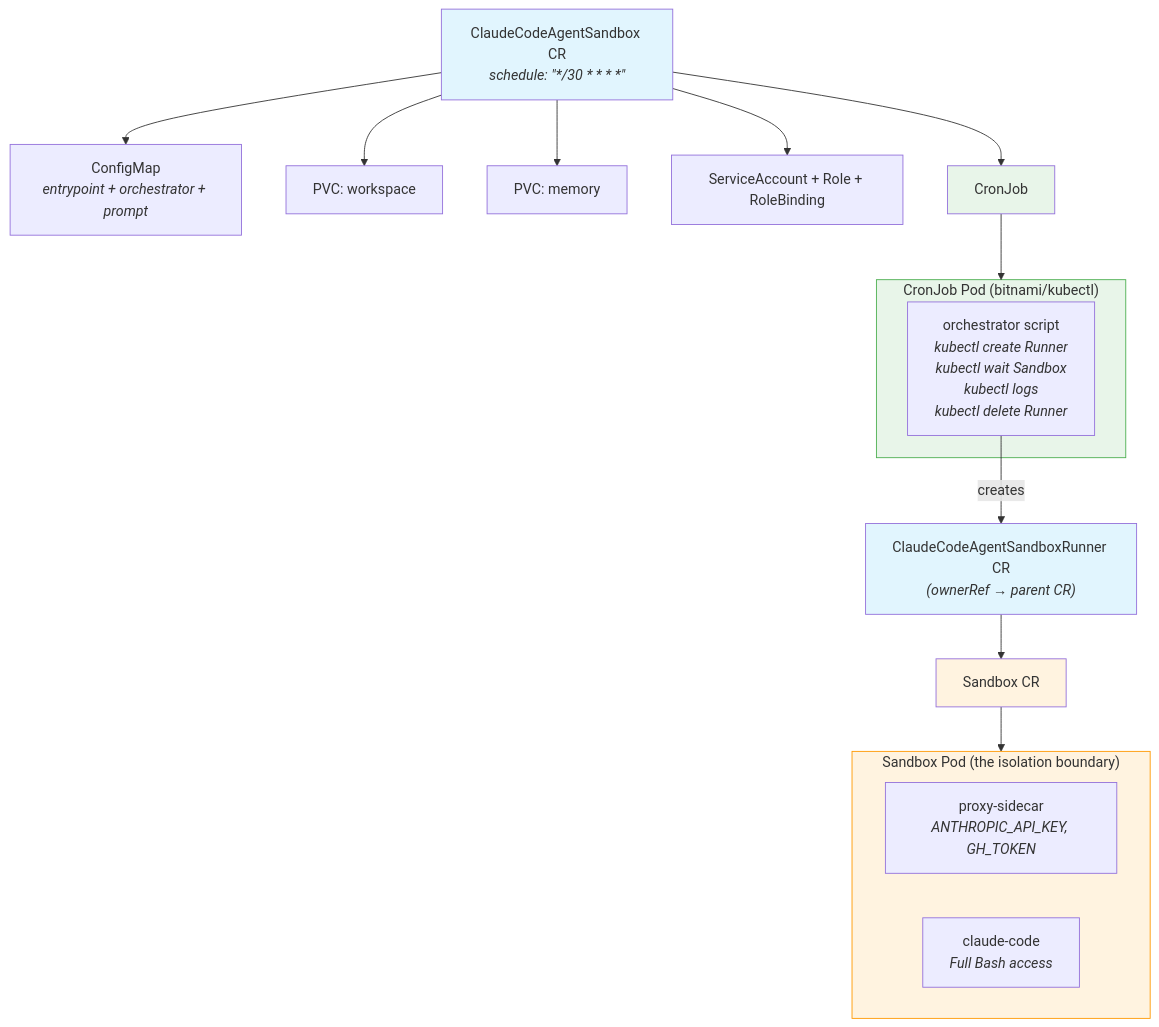
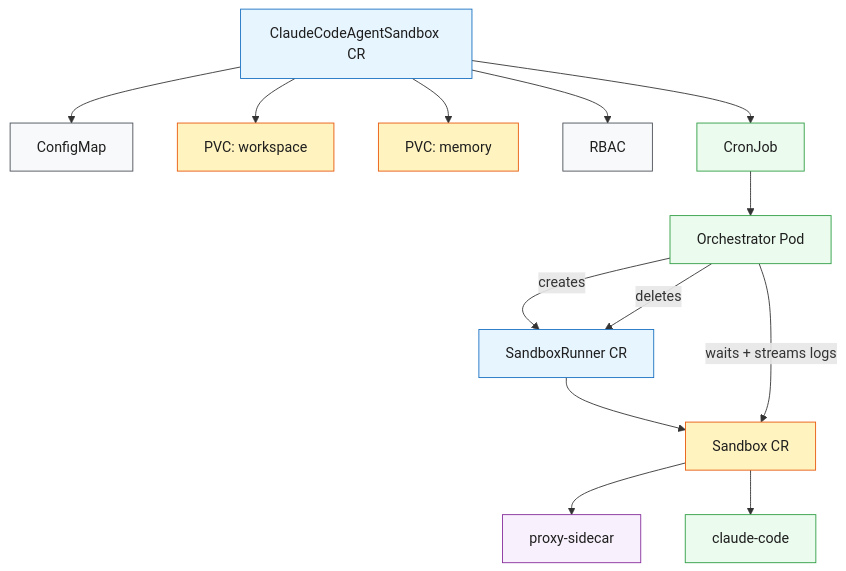
Before and after one commit to weldonfaizan/kcd-new-york-k8s-claude: the second of 2 diagrams in 07-sandbox/agent-sandbox/README.md, drawn with Mermaid. The commit also changed other lines of this file and 44 other files, not shown here.

````diff
--- a/07-sandbox/agent-sandbox/README.md
+++ b/07-sandbox/agent-sandbox/README.md
@@ -52,32 +49,28 @@
 ```mermaid
 graph TB
-    CR["ClaudeCodeAgentSandbox CR<br/><i>schedule: &quot;*/30 * * * *&quot;</i>"]
-
-    CR --> CM["ConfigMap<br/><i>entrypoint + orchestrator + prompt</i>"]
+    CR["ClaudeCodeAgentSandbox CR"]
+    CR --> CM["ConfigMap"]
     CR --> WPVC["PVC: workspace"]
     CR --> MPVC["PVC: memory"]
-    CR --> SA["ServiceAccount + Role + RoleBinding"]
+    CR --> SA["RBAC"]
     CR --> CRON["CronJob"]
+    CRON --> ORCH["Orchestrator Pod"]
+    ORCH -->|creates| RUNNER["SandboxRunner CR"]
+    RUNNER --> SB["Sandbox CR"]
+    SB --> PROXY["proxy-sidecar"]
+    SB --> CLAUDE["claude-code"]
+    ORCH -->|waits + streams logs| SB
+    ORCH -->|deletes| RUNNER
 
-    subgraph orchestrator_pod ["CronJob Pod (bitnami/kubectl)"]
-        ORCH["orchestrator script<br/><i>kubectl create Runner<br/>kubectl wait Sandbox<br/>kubectl logs<br/>kubectl delete Runner</i>"]
-    end
-
-    CRON --> orchestrator_pod
-    ORCH -->|"creates"| RUNNER["ClaudeCodeAgentSandboxRunner CR<br/><i>(ownerRef → parent CR)</i>"]
-    RUNNER --> SB["Sandbox CR"]
-
-    subgraph sandbox ["Sandbox Pod (the isolation boundary)"]
-        PROXY["proxy-sidecar<br/><i>ANTHROPIC_API_KEY, GH_TOKEN</i>"]
-        CLAUDE["claude-code<br/><i>Full Bash access</i>"]
-    end
-
-    SB --> sandbox
-
-    style CR fill:#e1f5fe
-    style RUNNER fill:#e1f5fe
-    style CRON fill:#e8f5e9
-    style orchestrator_pod fill:#e8f5e9,stroke:#4caf50
-    style sandbox fill:#fff3e0,stroke:#ff9800
-    style SB fill:#fff3e0
+    style CR fill:#e7f5ff,stroke:#1971c2,color:#1e1e1e
+    style CM fill:#f8f9fa,stroke:#495057,color:#1e1e1e
+    style WPVC fill:#fff3bf,stroke:#e8590c,color:#1e1e1e
+    style MPVC fill:#fff3bf,stroke:#e8590c,color:#1e1e1e
+    style SA fill:#f8f9fa,stroke:#495057,color:#1e1e1e
+    style CRON fill:#ebfbee,stroke:#2f9e44,color:#1e1e1e
+    style ORCH fill:#ebfbee,stroke:#2f9e44,color:#1e1e1e
+    style RUNNER fill:#e7f5ff,stroke:#1971c2,color:#1e1e1e
+    style SB fill:#fff3bf,stroke:#e8590c,color:#1e1e1e
+    style PROXY fill:#f8f0fc,stroke:#862e9c,color:#1e1e1e
+    style CLAUDE fill:#ebfbee,stroke:#2f9e44,color:#1e1e1e
 ```
````
